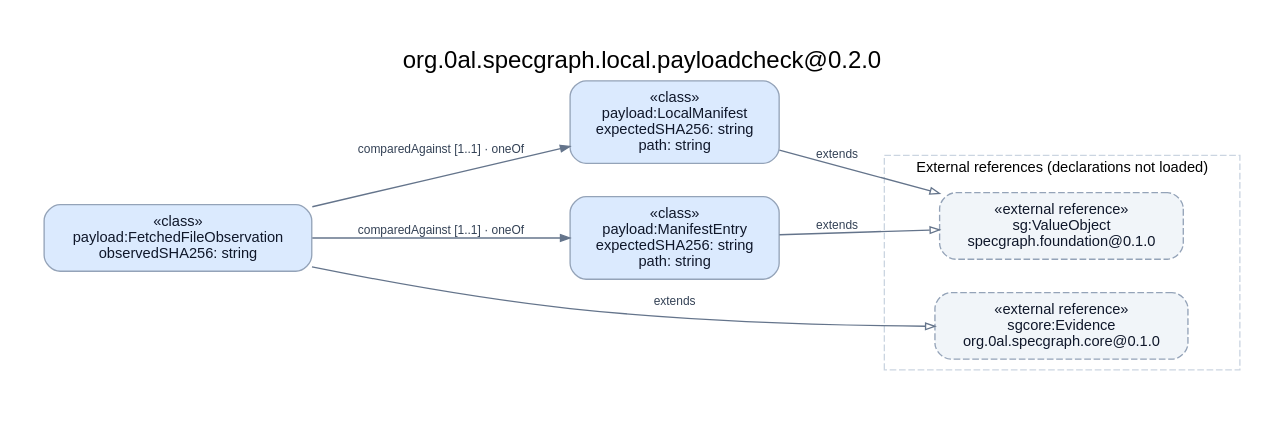
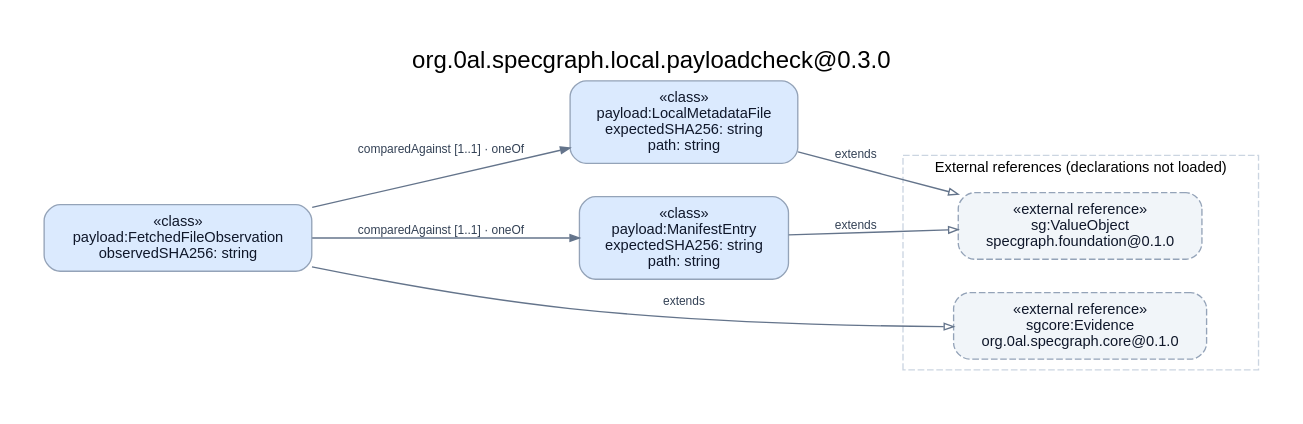
Before and after one commit to 0al-spec/SpecGraph: the diagram in specs/models/SG-SPEC-0071/ontology.dot, drawn with Graphviz. The commit also changed 11 other files, not shown here.

```diff
--- a/specs/models/SG-SPEC-0071/ontology.dot
+++ b/specs/models/SG-SPEC-0071/ontology.dot
@@ -1,21 +1,21 @@
 digraph ontology {
   graph [rankdir=LR, bgcolor="#ffffff", pad=0.35, nodesep=0.35, ranksep=0.7,
-    fontname="Helvetica", fontsize=18, labelloc=t, label="org.0al.specgraph.local.payloadcheck@0.2.0"];
+    fontname="Helvetica", fontsize=18, labelloc=t, label="org.0al.specgraph.local.payloadcheck@0.3.0"];
   node [shape=box, style="rounded,filled", fontname="Helvetica", fontsize=11,
     color="#94a3b8", fontcolor="#0f172a", fillcolor="#eff6ff", margin="0.16,0.1"];
   edge [fontname="Helvetica", fontsize=9, color="#64748b", fontcolor="#334155", arrowsize=0.7];
   "classes/payload:FetchedFileObservation" [label="«class»\npayload:FetchedFileObservation\nobservedSHA256: string", fillcolor="#dbeafe"];
-  "classes/payload:LocalManifest" [label="«class»\npayload:LocalManifest\nexpectedSHA256: string\npath: string", fillcolor="#dbeafe"];
+  "classes/payload:LocalMetadataFile" [label="«class»\npayload:LocalMetadataFile\nexpectedSHA256: string\npath: string", fillcolor="#dbeafe"];
   "classes/payload:ManifestEntry" [label="«class»\npayload:ManifestEntry\nexpectedSHA256: string\npath: string", fillcolor="#dbeafe"];
-  "classes/payload:FetchedFileObservation" -> "classes/payload:LocalManifest" [label="comparedAgainst [1..1] · oneOf", style=solid, arrowhead=normal];
+  "classes/payload:FetchedFileObservation" -> "classes/payload:LocalMetadataFile" [label="comparedAgainst [1..1] · oneOf", style=solid, arrowhead=normal];
   "classes/payload:FetchedFileObservation" -> "classes/payload:ManifestEntry" [label="comparedAgainst [1..1] · oneOf", style=solid, arrowhead=normal];
   "classes/payload:FetchedFileObservation" -> "external/classes/sgcore:Evidence" [label="extends", style=solid, arrowhead=empty];
-  "classes/payload:LocalManifest" -> "external/classes/sg:ValueObject" [label="extends", style=solid, arrowhead=empty];
+  "classes/payload:LocalMetadataFile" -> "external/classes/sg:ValueObject" [label="extends", style=solid, arrowhead=empty];
   "classes/payload:ManifestEntry" -> "external/classes/sg:ValueObject" [label="extends", style=solid, arrowhead=empty];
   subgraph cluster_external {
     label="External references (declarations not loaded)";
     fontsize=11; color="#cbd5e1"; style=dashed;
   "external/classes/sg:ValueObject" [label="«external reference»\nsg:ValueObject\nspecgraph.foundation@0.1.0", fillcolor="#f1f5f9", style="rounded,dashed,filled"];
   "external/classes/sgcore:Evidence" [label="«external reference»\nsgcore:Evidence\norg.0al.specgraph.core@0.1.0", fillcolor="#f1f5f9", style="rounded,dashed,filled"];
   }
 }
```
